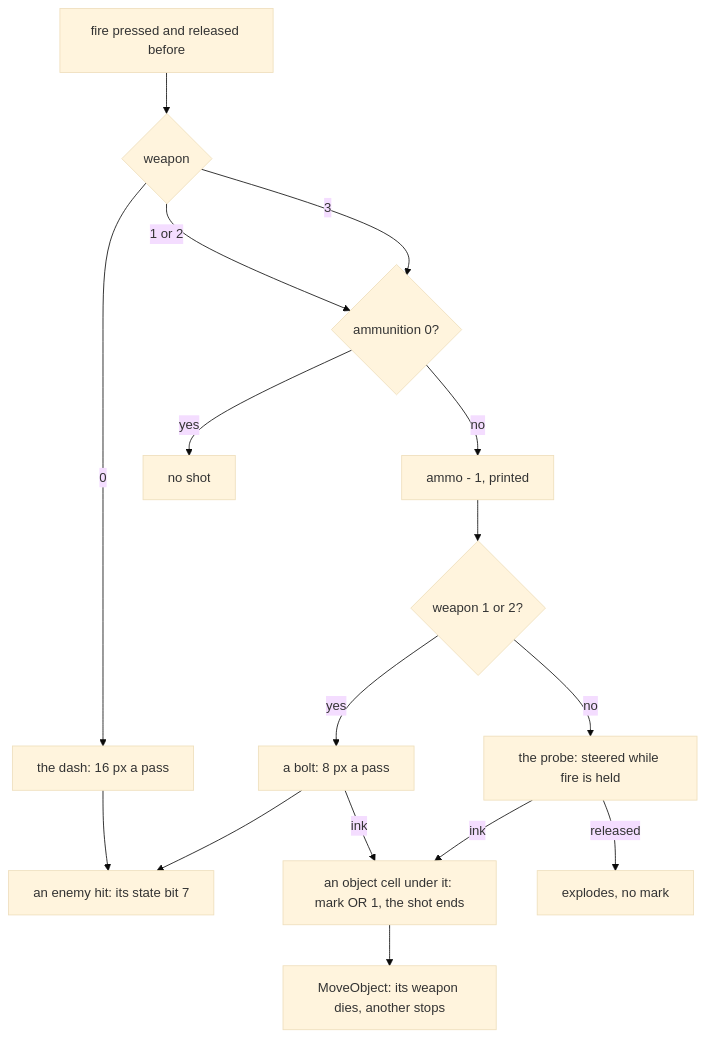
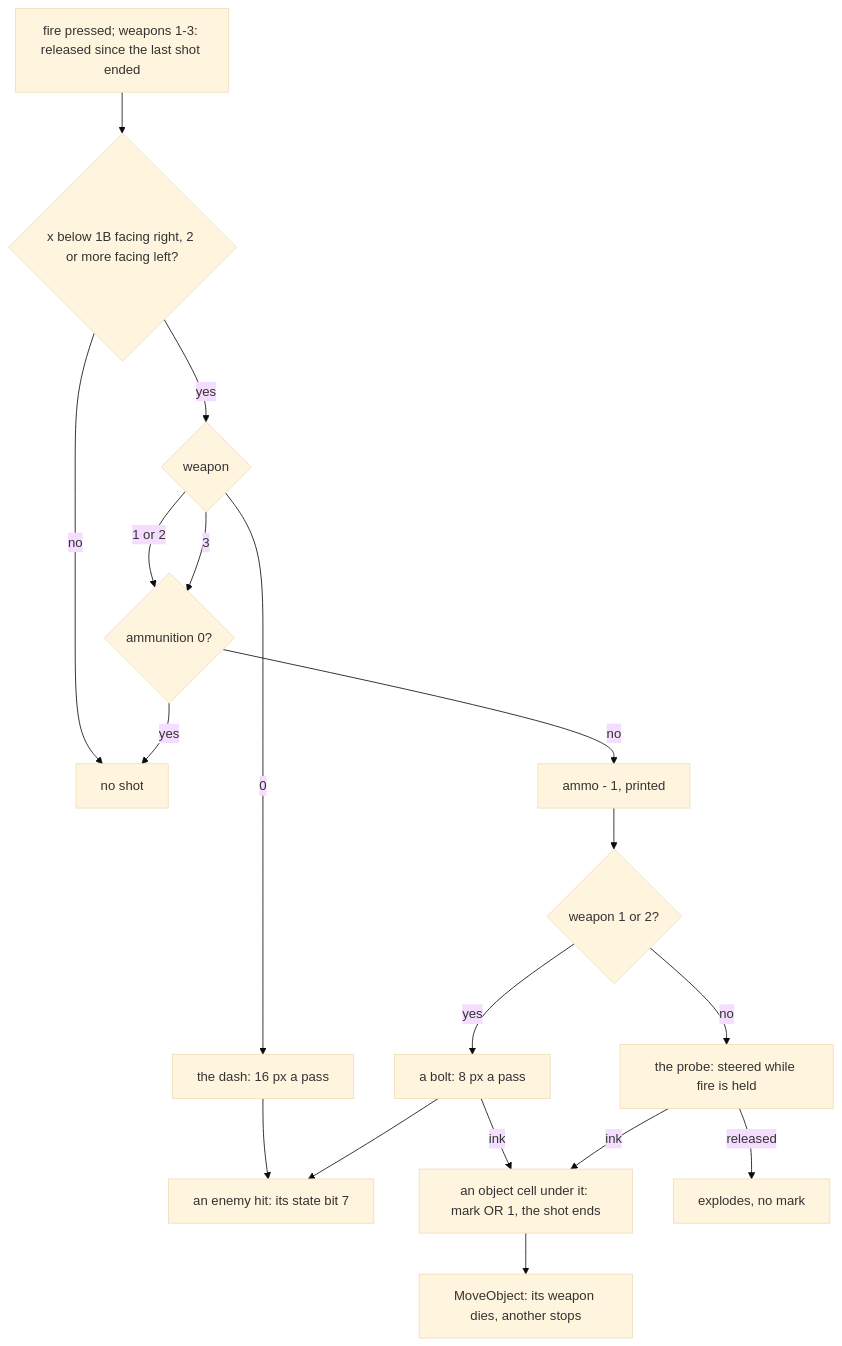
Before and after one commit to alfishe/unrealng-reverse-cases: the fifth of 13 diagrams in games/tujad/docs/10-gameplay-logic.md, drawn with Mermaid (base theme). The commit also changed other lines of this file and 32 other files, not shown here.

````diff
--- a/games/tujad/docs/10-gameplay-logic.md
+++ b/games/tujad/docs/10-gameplay-logic.md
@@ -400,18 +422,20 @@
 ```mermaid
 flowchart TD
-    F[fire pressed and released before] --> W{weapon}
+    F[fire pressed; weapons 1-3: released since the last shot ended] --> E{x below 1B facing right, 2 or more facing left?}
+    E -- no --> NO
+    E -- yes --> W{weapon}
     W -- 0 --> D0[the dash: 16 px a pass]
     W -- 1 or 2 --> AM{ammunition 0?}
     W -- 3 --> AM
     AM -- yes --> NO[no shot]
     AM -- no --> P[ammo - 1, printed]
     P --> B12{weapon 1 or 2?}
     B12 -- yes --> BO[a bolt: 8 px a pass]
     B12 -- no --> PR[the probe: steered while fire is held]
     D0 --> EN[an enemy hit: its state bit 7]
     BO --> EN
     BO -- ink --> OB[an object cell under it: mark OR 1, the shot ends]
     PR -- ink --> OB
     PR -- released --> PX[explodes, no mark]
     OB --> MO[MoveObject: its weapon dies, another stops]
 ```
````
